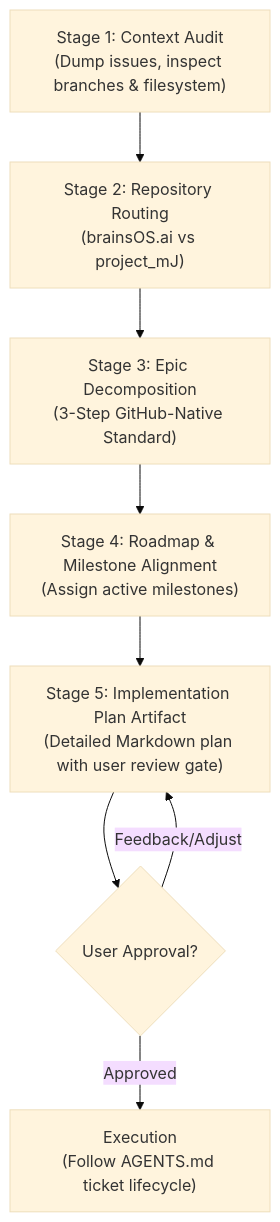
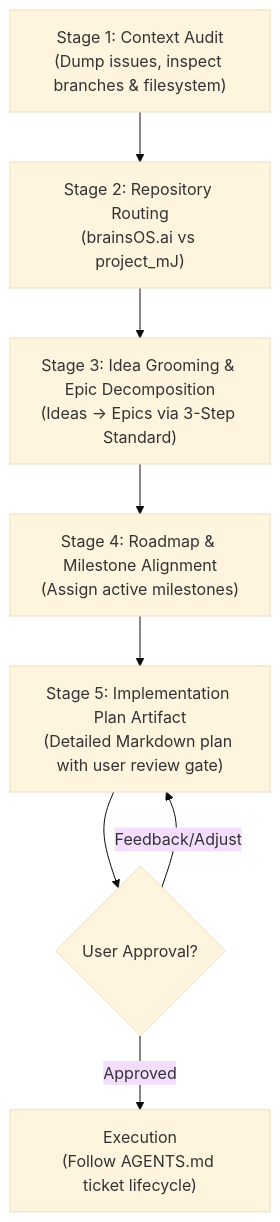
Before and after one commit to patternsatscale/brainsOS.ai: the second of 2 diagrams in PLANNING.md, drawn with Mermaid (base theme). The commit also changed other lines of this file and 1 other file, not shown here.

Commit message:
docs(planning): define Idea Registry protocol and Ideas -> Epics -> Sub-issues flow

````diff
--- a/PLANNING.md
+++ b/PLANNING.md
@@ -24,10 +89,10 @@
 ```mermaid
 flowchart TD
     A["Stage 1: Context Audit\n(Dump issues, inspect branches & filesystem)"] --> B["Stage 2: Repository Routing\n(brainsOS.ai vs project_mJ)"]
-    B --> C["Stage 3: Epic Decomposition\n(3-Step GitHub-Native Standard)"]
+    B --> C["Stage 3: Idea Grooming & Epic Decomposition\n(Ideas -> Epics via 3-Step Standard)"]
     C --> D["Stage 4: Roadmap & Milestone Alignment\n(Assign active milestones)"]
     D --> E["Stage 5: Implementation Plan Artifact\n(Detailed Markdown plan with user review gate)"]
     E --> F{"User Approval?"}
     F -->|Approved| G["Execution\n(Follow AGENTS.md ticket lifecycle)"]
     F -->|Feedback/Adjust| E
 ```
````
